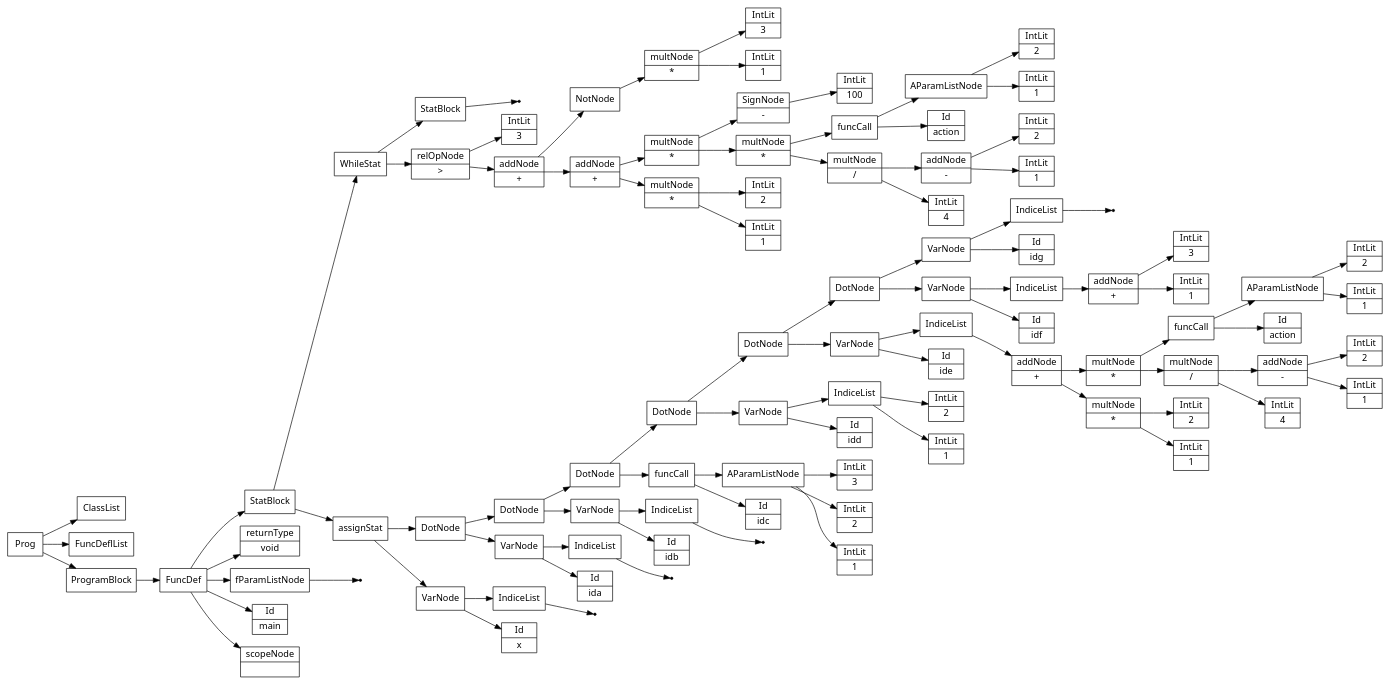
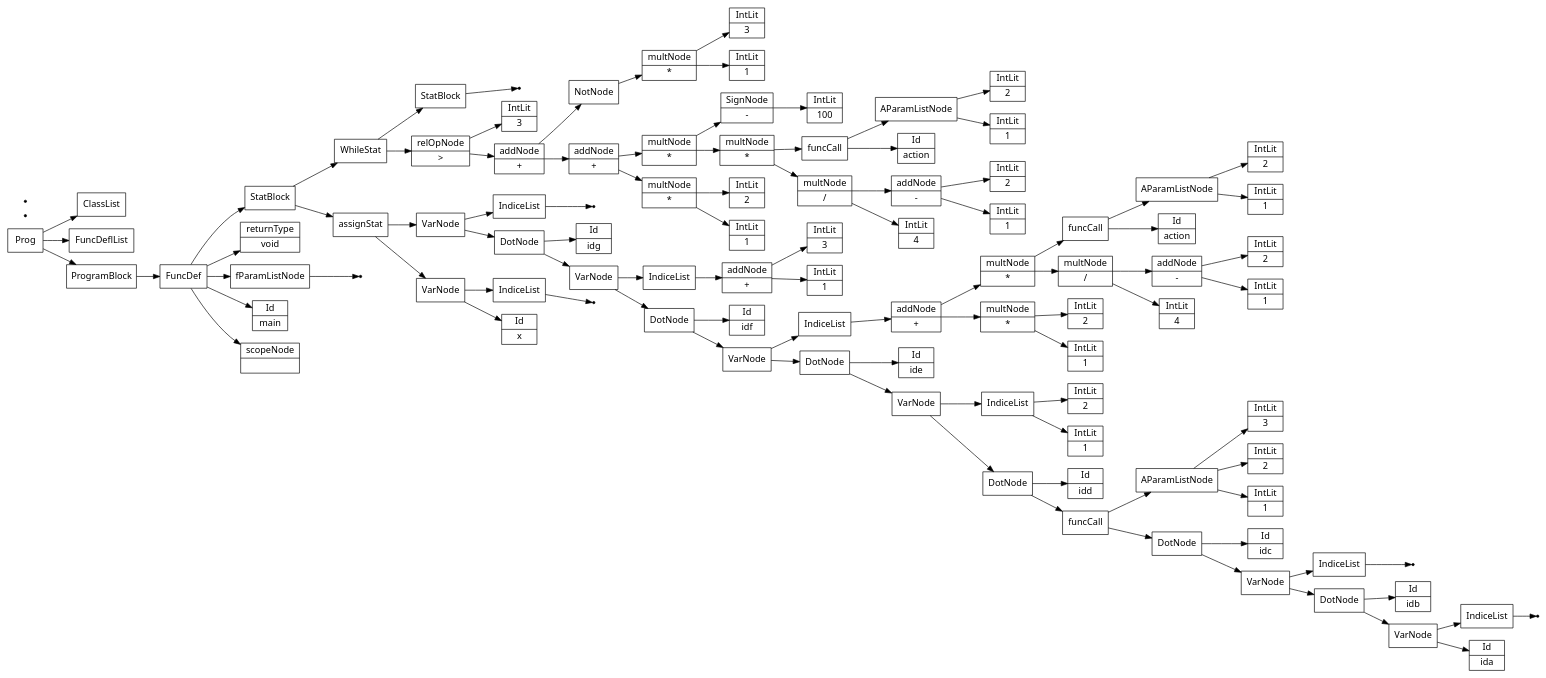
Before and after one commit to Saf1u/Kompiler: the diagram in files/expressionsTest.src.ast.dot, drawn with Graphviz. The commit also changed 5 other files, not shown here.

```diff
--- a/files/expressionsTest.src.ast.dot
+++ b/files/expressionsTest.src.ast.dot
@@ -1,197 +1,199 @@
 digraph AST {
 node [shape=record];
  node [fontname=Sans];charset="UTF-8" splines=true splines=spline rankdir =LR ordering="out"
 1[label="scopeNode| "];
 none3[shape="point"];
 4[label="fParamListNode"];
 4->none3;
 5[label="returnType|void"];
 7[label="Id|x"];
 none9[shape="point"];
 10[label="IndiceList"];
 10->none9;
 11[label="VarNode"];
 11->10;
 11->7;
 12[label="Id|ida"];
 none14[shape="point"];
 15[label="IndiceList"];
 15->none14;
 16[label="VarNode"];
 16->15;
 16->12;
 17[label="Id|idb"];
-none19[shape="point"];
-20[label="IndiceList"];
-20->none19;
-21[label="VarNode"];
-21->20;
-21->17;
-22[label="Id|idc"];
-24[label="IntLit|1"];
-25[label="IntLit|2"];
-26[label="IntLit|3"];
-27[label="AParamListNode"];
-27->26;
-27->25;
-27->24;
-28[label="funcCall"];
-28->27;
-28->22;
-29[label="Id|idd"];
-31[label="IntLit|1"];
-32[label="IntLit|2"];
-33[label="IndiceList"];
-33->32;
-33->31;
-34[label="VarNode"];
-34->33;
-34->29;
-35[label="Id|ide"];
-37[label="IntLit|1"];
-38[label="multNode|*"];
-39[label="IntLit|2"];
-38->39;
-38->37;
-40[label="addNode|+"];
-41[label="IntLit|4"];
-42[label="multNode|/"];
-43[label="IntLit|1"];
-44[label="addNode|-"];
-45[label="IntLit|2"];
-44->45;
-44->43;
-42->44;
+18[label="DotNode"];
+18->17;
+18->16;
+none20[shape="point"];
+21[label="IndiceList"];
+21->none20;
+22[label="VarNode"];
+22->21;
+22->18;
+23[label="Id|idc"];
+24[label="DotNode"];
+24->23;
+24->22;
+26[label="IntLit|1"];
+27[label="IntLit|2"];
+28[label="IntLit|3"];
+29[label="AParamListNode"];
+29->28;
+29->27;
+29->26;
+30[label="funcCall"];
+30->29;
+30->24;
+31[label="Id|idd"];
+32[label="DotNode"];
+32->31;
+32->30;
+34[label="IntLit|1"];
+35[label="IntLit|2"];
+36[label="IndiceList"];
+36->35;
+36->34;
+37[label="VarNode"];
+37->36;
+37->32;
+38[label="Id|ide"];
+39[label="DotNode"];
+39->38;
+39->37;
+41[label="IntLit|1"];
+42[label="multNode|*"];
+43[label="IntLit|2"];
+42->43;
 42->41;
-46[label="multNode|*"];
-47[label="Id|action"];
-49[label="IntLit|1"];
-50[label="IntLit|2"];
-51[label="AParamListNode"];
-51->50;
-51->49;
-52[label="funcCall"];
-52->51;
-52->47;
-46->52;
-46->42;
-40->46;
-40->38;
-53[label="IndiceList"];
-53->40;
-54[label="VarNode"];
-54->53;
-54->35;
-55[label="Id|idf"];
-57[label="IntLit|1"];
-58[label="addNode|+"];
-59[label="IntLit|3"];
-58->59;
+44[label="addNode|+"];
+45[label="IntLit|4"];
+46[label="multNode|/"];
+47[label="IntLit|1"];
+48[label="addNode|-"];
+49[label="IntLit|2"];
+48->49;
+48->47;
+46->48;
+46->45;
+50[label="multNode|*"];
+51[label="Id|action"];
+53[label="IntLit|1"];
+54[label="IntLit|2"];
+55[label="AParamListNode"];
+55->54;
+55->53;
+56[label="funcCall"];
+56->55;
+56->51;
+50->56;
+50->46;
+44->50;
+44->42;
+57[label="IndiceList"];
+57->44;
+58[label="VarNode"];
 58->57;
-60[label="IndiceList"];
+58->39;
+59[label="Id|idf"];
+60[label="DotNode"];
+60->59;
 60->58;
-61[label="VarNode"];
-61->60;
-61->55;
-62[label="Id|idg"];
-none64[shape="point"];
+62[label="IntLit|1"];
+63[label="addNode|+"];
+64[label="IntLit|3"];
+63->64;
+63->62;
 65[label="IndiceList"];
-65->none64;
+65->63;
 66[label="VarNode"];
 66->65;
-66->62;
-67[label="DotNode"];
-67->66;
-67->61;
+66->60;
+67[label="Id|idg"];
 68[label="DotNode"];
 68->67;
-68->54;
-69[label="DotNode"];
-69->68;
-69->34;
-70[label="DotNode"];
-70->69;
-70->28;
-71[label="DotNode"];
-71->70;
-71->21;
-72[label="DotNode"];
+68->66;
+none70[shape="point"];
+71[label="IndiceList"];
+71->none70;
+72[label="VarNode"];
 72->71;
-72->16;
+72->68;
 73[label="assignStat"];
 73->72;
 73->11;
 74[label="IntLit|1"];
 75[label="multNode|*"];
 76[label="IntLit|2"];
 75->76;
 75->74;
 77[label="addNode|+"];
 78[label="IntLit|4"];
 79[label="multNode|/"];
 80[label="IntLit|1"];
 81[label="addNode|-"];
 82[label="IntLit|2"];
 81->82;
 81->80;
 79->81;
 79->78;
 83[label="multNode|*"];
 84[label="Id|action"];
 86[label="IntLit|1"];
 87[label="IntLit|2"];
 88[label="AParamListNode"];
 88->87;
 88->86;
 89[label="funcCall"];
 89->88;
 89->84;
 83->89;
 83->79;
 90[label="multNode|*"];
 91[label="SignNode|-"];
 92[label="IntLit|100"];
 91->92;
 90->91;
 90->83;
 77->90;
 77->75;
 93[label="addNode|+"];
 94[label="IntLit|1"];
 95[label="multNode|*"];
 96[label="IntLit|3"];
 95->96;
 95->94;
 97[label="NotNode"];
 97->95;
 93->97;
 93->77;
 98[label="relOpNode|\>"];
 99[label="IntLit|3"];
 98->99;
 98->93;
 none101[shape="point"];
 102[label="StatBlock"];
 102->none101;
 103[label="WhileStat"];
 103->102;
 103->98;
 104[label="StatBlock"];
 104->103;
 104->73;
 105[label="FuncDef"];
 0[label="Id|main"];
 105->104;
 105->5;
 105->4;
 105->0;
 105->1;
 106[label="ClassList"];
 107[label="FuncDeflList"];
 108[label="Prog"];
 109[label="ProgramBlock"];
 109->105;
+none110[shape="point"];
+none111[shape="point"];
 108->106;
 108->107;
 108->109;
 }
```
